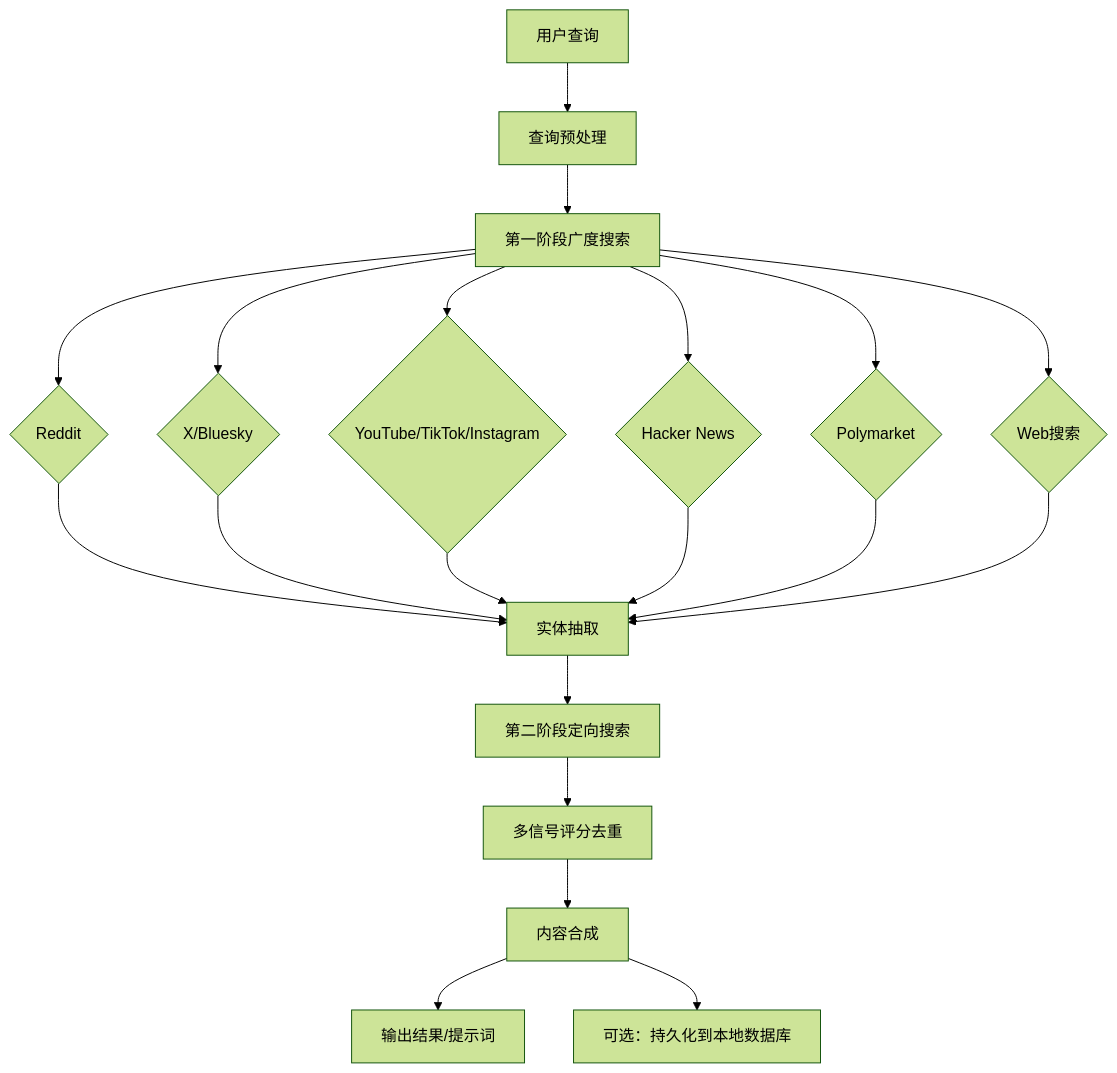
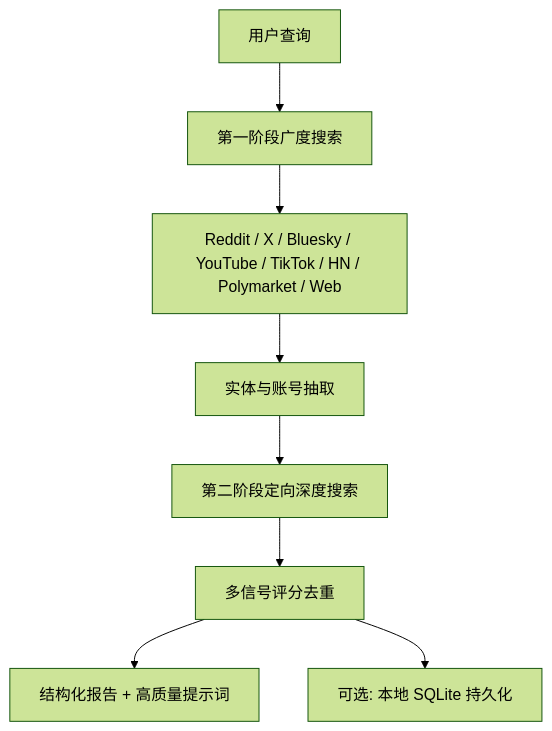
The diagram in github-trending-analyzer/github-trending-reports/research_mvanhorn_last30days-skill.md (Everloster/EverAgent), drawn with Mermaid (forest theme) before and after one commit. The commit also changed other lines of this file and 9 other files, not shown here.

````diff
--- a/github-trending-analyzer/github-trending-reports/research_mvanhorn_last30days-skill.md
+++ b/github-trending-analyzer/github-trending-reports/research_mvanhorn_last30days-skill.md
@@ -110,17 +32,10 @@
 ```mermaid
 flowchart TD
-    A[用户查询] --> B[查询预处理]
-    B --> C[第一阶段广度搜索]
-    C --> D{Reddit}
-    C --> E{X/Bluesky}
-    C --> F{YouTube/TikTok/Instagram}
-    C --> G{Hacker News}
-    C --> H{Polymarket}
-    C --> I{Web搜索}
-    D & E & F & G & H & I --> J[实体抽取]
-    J --> K[第二阶段定向搜索]
-    K --> L[多信号评分去重]
-    L --> M[内容合成]
-    M --> N[输出结果/提示词]
-    M --> O[可选：持久化到本地数据库]
+    A[用户查询] --> B[第一阶段广度搜索]
+    B --> C[Reddit / X / Bluesky / YouTube / TikTok / HN / Polymarket / Web]
+    C --> D[实体与账号抽取]
+    D --> E[第二阶段定向深度搜索]
+    E --> F[多信号评分去重]
+    F --> G[结构化报告 + 高质量提示词]
+    F --> H[可选: 本地 SQLite 持久化]
 ```
````
